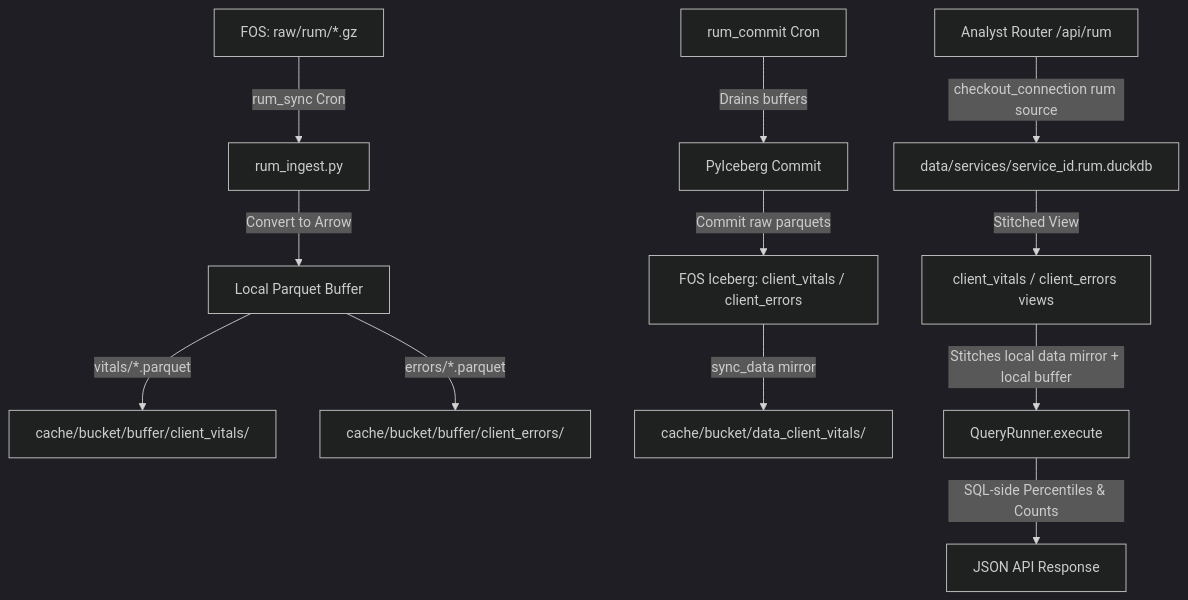
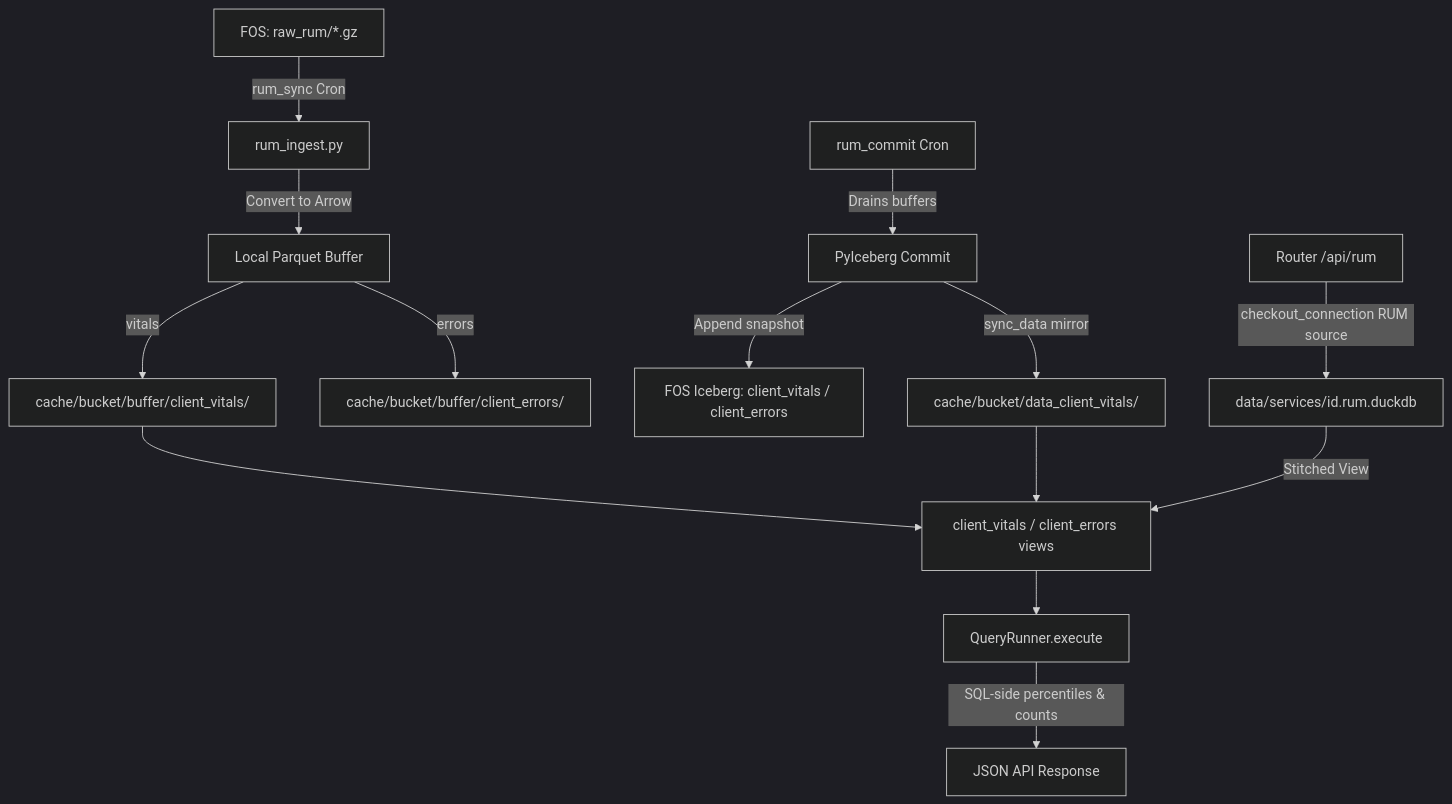
One commit to fastly/fastly-log-analytics changed the diagram in local-docs/RUM_DUCKDB_ICEBERG_TRANSITION_PLAN.md. Above: the diagram before and after it, drawn with Mermaid (dark theme). The commit also changed other lines of this file and 1 other file, not shown here.

Commit message:
Correct RUM transition plan against verified code and settle every design decision

````diff
--- a/local-docs/RUM_DUCKDB_ICEBERG_TRANSITION_PLAN.md
+++ b/local-docs/RUM_DUCKDB_ICEBERG_TRANSITION_PLAN.md
@@ -44,17 +47,18 @@
 ```mermaid
 graph TD
-    A[FOS: raw/rum/*.gz] -->|rum_sync Cron| B[rum_ingest.py]
+    A[FOS: raw_rum/*.gz] -->|rum_sync Cron| B[rum_ingest.py]
     B -->|Convert to Arrow| C[Local Parquet Buffer]
-    C -->|vitals/*.parquet| D[cache/bucket/buffer/client_vitals/]
-    C -->|errors/*.parquet| E[cache/bucket/buffer/client_errors/]
+    C -->|vitals| D[cache/bucket/buffer/client_vitals/]
+    C -->|errors| E[cache/bucket/buffer/client_errors/]
 
     F[rum_commit Cron] -->|Drains buffers| G[PyIceberg Commit]
-    G -->|Commit raw parquets| H[FOS Iceberg: client_vitals / client_errors]
+    G -->|Append snapshot| H[FOS Iceberg: client_vitals / client_errors]
+    G -->|sync_data mirror| N[cache/bucket/data_client_vitals/]
 
-    H -->|sync_data mirror| N[cache/bucket/data_client_vitals/]
-
-    I[Analyst Router /api/rum] -->|checkout_connection rum source| J[data/services/service_id.rum.duckdb]
+    I[Router /api/rum] -->|checkout_connection RUM source| J[data/services/id.rum.duckdb]
+    N --> K
+    D --> K
     J -->|Stitched View| K[client_vitals / client_errors views]
-    K -->|Stitches local data mirror + local buffer| L[QueryRunner.execute]
-    L -->|SQL-side Percentiles & Counts| M[JSON API Response]
+    K --> L[QueryRunner.execute]
+    L -->|SQL-side percentiles & counts| M[JSON API Response]
 ```
````
